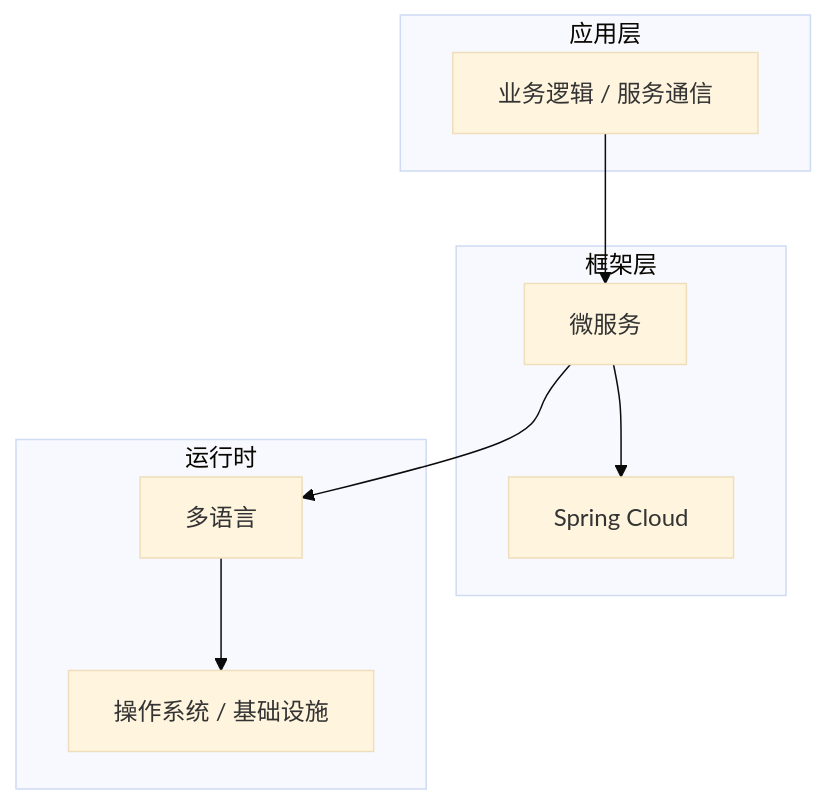
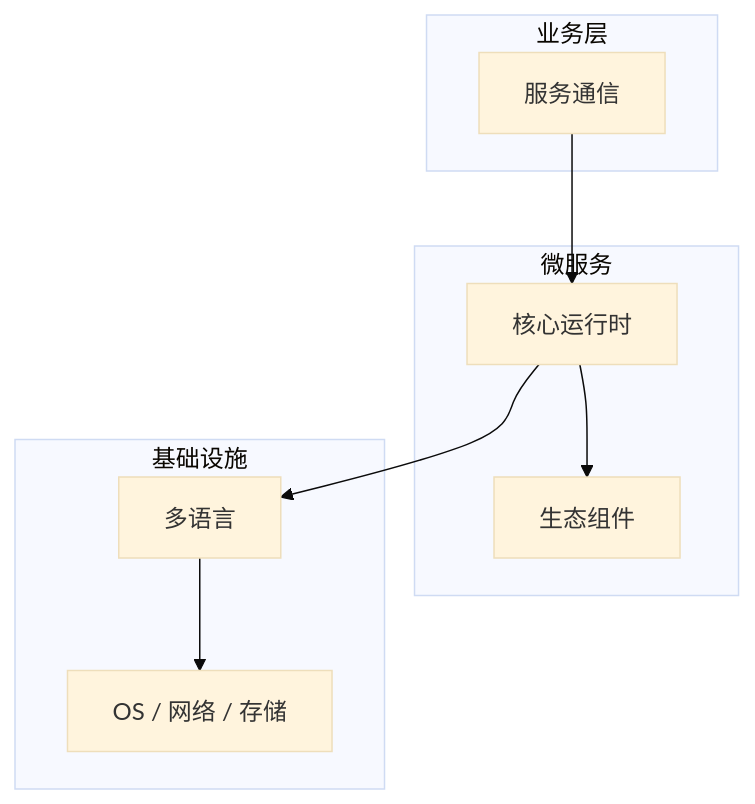
Before and after one commit to yanggan2015/knowledge-json-v2: the diagram in articles/微服务架构/chapters/016-服务通信核心概念与原理.md, drawn with Mermaid (base theme). The commit also changed other lines of this file and 10127 other files, not shown here.

````diff
--- a/articles/微服务架构/chapters/016-服务通信核心概念与原理.md
+++ b/articles/微服务架构/chapters/016-服务通信核心概念与原理.md
@@ -45,18 +34,18 @@
 ```mermaid
 graph TB
-    subgraph 应用层
-        A[业务逻辑 / 服务通信]
+    subgraph 业务层
+        A[服务通信]
     end
-    subgraph 框架层
-        B[微服务]
-        C[Spring Cloud]
+    subgraph 微服务
+        B[核心运行时]
+        C[生态组件]
     end
-    subgraph 运行时
+    subgraph 基础设施
         D[多语言]
-        E[操作系统 / 基础设施]
+        E[OS / 网络 / 存储]
     end
     A --> B
     B --> C
     B --> D
     D --> E
 ```
````
